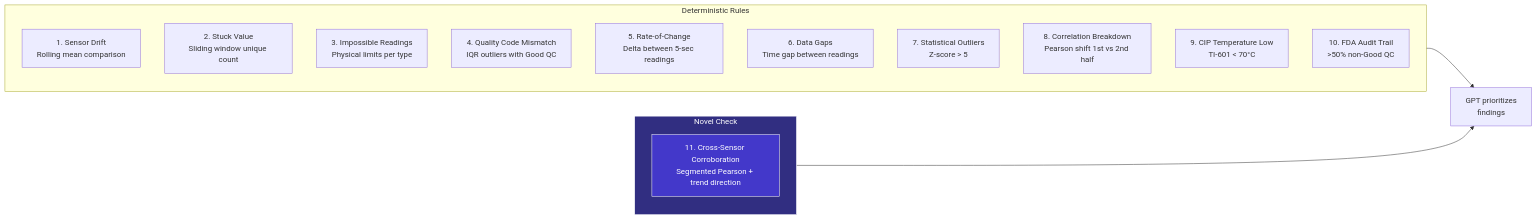
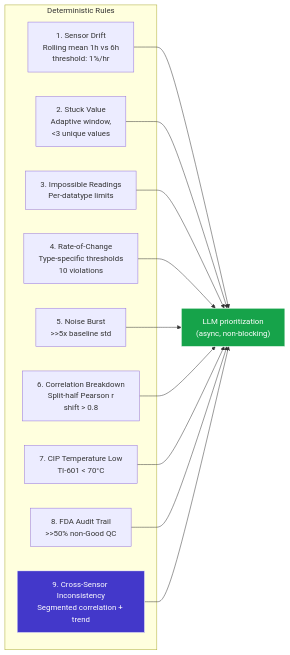
Before and after one commit to sajanyerra/pharma-data-integrity-inspector: the fourth of 11 diagrams in ARCHITECTURE.md, drawn with Mermaid. The commit also changed other lines of this file and 2 other files, not shown here.

First line of the commit message:
Docs: update all 3 docs to reflect merged profiler, 3-agent pipeline, async LLM, random anomalies, Groq LLM

````diff
--- a/ARCHITECTURE.md
+++ b/ARCHITECTURE.md
@@ -190,25 +168,27 @@
 ```mermaid
 graph LR
     subgraph RuleBased ["Deterministic Rules"]
-        C1["1. Sensor Drift<br/>Rolling mean comparison"]
-        C2["2. Stuck Value<br/>Sliding window unique count"]
-        C3["3. Impossible Readings<br/>Physical limits per type"]
-        C4["4. Quality Code Mismatch<br/>IQR outliers with Good QC"]
-        C5["5. Rate-of-Change<br/>Delta between 5-sec readings"]
-        C6["6. Data Gaps<br/>Time gap between readings"]
-        C7["7. Statistical Outliers<br/>Z-score > 5"]
-        C8["8. Correlation Breakdown<br/>Pearson shift 1st vs 2nd half"]
-        C9["9. CIP Temperature Low<br/>TI-601 < 70°C"]
-        C10["10. FDA Audit Trail<br/>>50% non-Good QC"]
+        C1["1. Sensor Drift<br/>Rolling mean 1h vs 6h<br/>threshold: 1%/hr"]
+        C2["2. Stuck Value<br/>Adaptive window,<br/>&lt;3 unique values"]
+        C3["3. Impossible Readings<br/>Per-datatype limits"]
+        C4["4. Rate-of-Change<br/>Type-specific thresholds<br/>10 violations"]
+        C5["5. Noise Burst<br/>>&gt;5x baseline std"]
+        C6["6. Correlation Breakdown<br/>Split-half Pearson r<br/>shift > 0.8"]
+        C7["7. CIP Temperature Low<br/>TI-601 &lt; 70°C"]
+        C8["8. FDA Audit Trail<br/>>&gt;50% non-Good QC"]
+        C9["9. Cross-Sensor Inconsistency<br/>Segmented correlation + trend"]
     end
 
-    subgraph Novel ["Novel Check"]
-        C11["11. Cross-Sensor Corroboration<br/>Segmented Pearson + trend direction"]
-    end
+    C1 --> LLM["LLM prioritization<br/>(async, non-blocking)"]
+    C2 --> LLM
+    C3 --> LLM
+    C4 --> LLM
+    C5 --> LLM
+    C6 --> LLM
+    C7 --> LLM
+    C8 --> LLM
+    C9 --> LLM
 
-    RuleBased --> LLM["GPT prioritizes<br/>findings"]
-    Novel --> LLM
-    
-    style C11 fill:#4338ca,stroke:#fff,color:#fff
-    style Novel fill:#312e81,stroke:#fff,color:#fff
+    style C9 fill:#4338ca,stroke:#fff,color:#fff
+    style LLM fill:#16a34a,stroke:#fff,color:#fff
 ```
````
